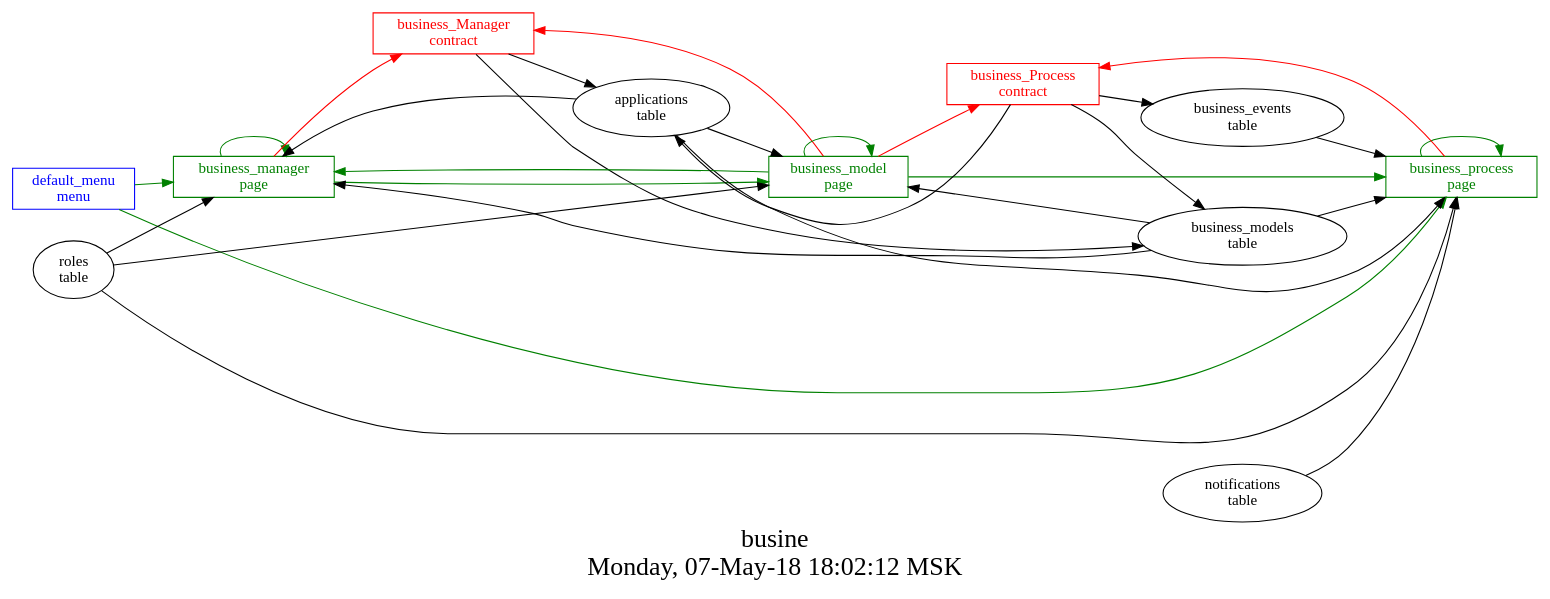
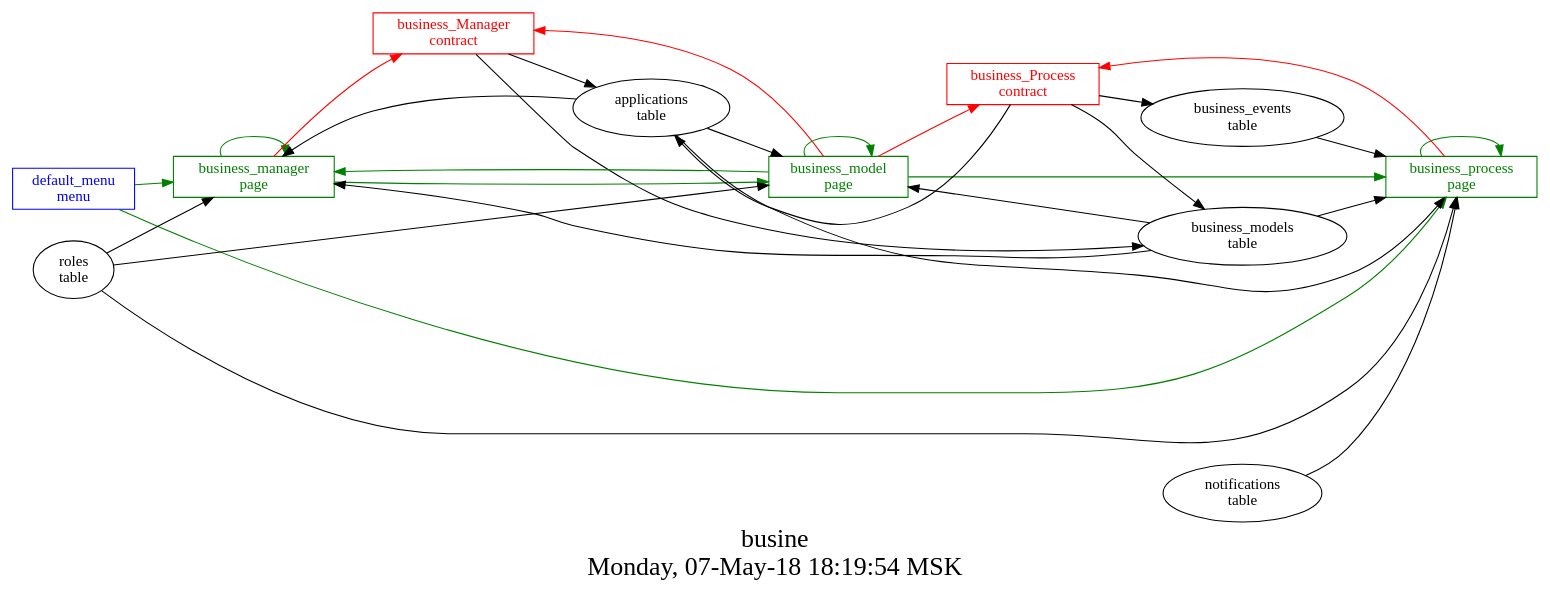
Before and after one commit to AplaProject/apps: the diagram in src/business/struct.dot, drawn with Graphviz. The commit also changed 2 other files, not shown here.

```diff
--- a/src/business/struct.dot
+++ b/src/business/struct.dot
@@ -1,46 +1,46 @@
 digraph G {
 graph [
   fontsize="24";
-  label="busine\nMonday, 07-May-18 18:02:12 MSK";
+  label="busine\nMonday, 07-May-18 18:19:54 MSK";
   nojustify=true;
   ordering=out;
   rankdir=LR;
   size="30";
 ];
 "default_menu\nmenu" -> "business_manager\npage"  [ color=green ]
 "default_menu\nmenu" -> "business_process\npage"  [ color=green ]
 "default_menu\nmenu" [color=blue, fontcolor=blue, group=menus, shape=record];
 "business_manager\npage" -> "business_Manager\ncontract"  [ color=red ]
 "applications\ntable" -> "business_manager\npage"  [ color="" ]
 "roles\ntable" -> "business_manager\npage"  [ color="" ]
 "business_models\ntable" -> "business_manager\npage"  [ color="" ]
 "business_manager\npage" -> "business_model\npage"  [ color=green ]
 "business_manager\npage" -> "business_manager\npage"  [ color=green ]
 "business_manager\npage" [color=green, fontcolor=green, group=pages, shape=record];
 "business_model\npage" -> "business_Process\ncontract"  [ color=red ]
 "business_model\npage" -> "business_Manager\ncontract"  [ color=red ]
 "applications\ntable" -> "business_model\npage"  [ color="" ]
 "business_models\ntable" -> "business_model\npage"  [ color="" ]
 "roles\ntable" -> "business_model\npage"  [ color="" ]
 "business_model\npage" -> "business_manager\npage"  [ color=green ]
 "business_model\npage" -> "business_process\npage"  [ color=green ]
 "business_model\npage" -> "business_model\npage"  [ color=green ]
 "business_model\npage" [color=green, fontcolor=green, group=pages, shape=record];
 "business_process\npage" -> "business_Process\ncontract"  [ color=red ]
 "applications\ntable" -> "business_process\npage"  [ color="" ]
 "notifications\ntable" -> "business_process\npage"  [ color="" ]
 "business_models\ntable" -> "business_process\npage"  [ color="" ]
 "roles\ntable" -> "business_process\npage"  [ color="" ]
 "business_events\ntable" -> "business_process\npage"  [ color="" ]
 "business_process\npage" -> "business_process\npage"  [ color=green ]
 "business_process\npage" [color=green, fontcolor=green, group=pages, shape=record];
 "business_Manager\ncontract" -> "applications\ntable"  [ color="" ]
 "business_Manager\ncontract" -> "business_models\ntable"  [ color="" ]
 "business_Manager\ncontract" [color=red, fontcolor=red, group=contracts, shape=record];
 "business_Process\ncontract" -> "applications\ntable"  [ color="" ]
 "business_Process\ncontract" -> "business_events\ntable"  [ color="" ]
 "business_Process\ncontract" -> "business_models\ntable"  [ color="" ]
 "business_Process\ncontract" [color=red, fontcolor=red, group=contracts, shape=record];
 "business_events\ntable" [color="", fontcolor="", group=tables, shape=""];
 "business_models\ntable" [color="", fontcolor="", group=tables, shape=""];
 }
```
